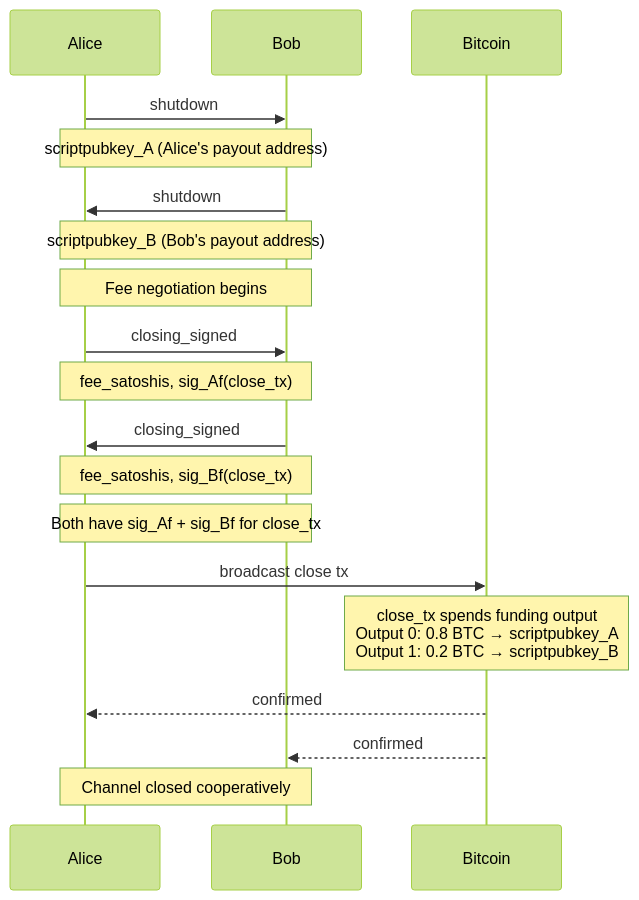
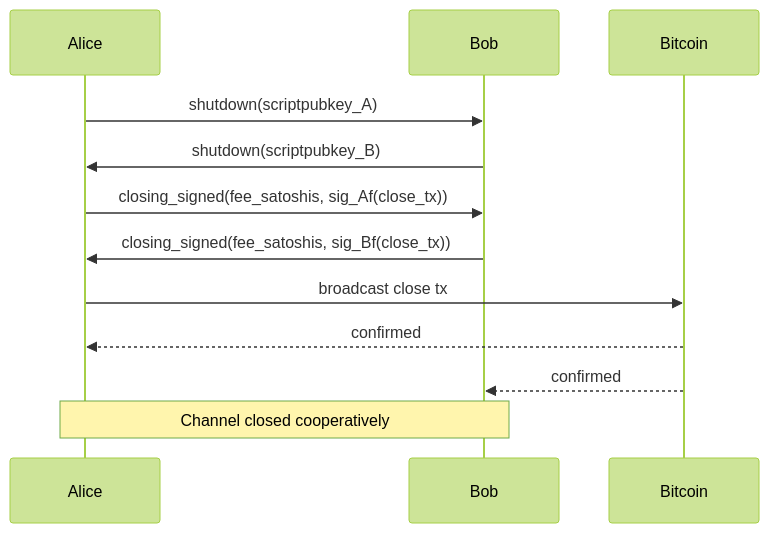
The fourth of 4 diagrams in reference/01-alice-pays-bob.md (dukeh3/vls-arch), drawn with Mermaid (forest theme) before and after one commit. The commit also changed other lines of this file and 4 other files, not shown here.

First line of the commit message:
Add challenges doc, inline params in all diagrams, expand redundancy analysis

````diff
--- a/reference/01-alice-pays-bob.md
+++ b/reference/01-alice-pays-bob.md
@@ -243,30 +214,17 @@
 ```mermaid
 sequenceDiagram
     participant Alice
     participant Bob
     participant Bitcoin
 
-    Alice->>Bob: shutdown
-    Note over Alice, Bob: scriptpubkey_A (Alice's payout address)
-
-    Bob->>Alice: shutdown
-    Note over Alice, Bob: scriptpubkey_B (Bob's payout address)
-
-    Note over Alice, Bob: Fee negotiation begins
-
-    Alice->>Bob: closing_signed
-    Note over Alice, Bob: fee_satoshis, sig_Af(close_tx)
-
-    Bob->>Alice: closing_signed
-    Note over Alice, Bob: fee_satoshis, sig_Bf(close_tx)
-
-    Note over Alice, Bob: Both have sig_Af + sig_Bf for close_tx
+    Alice->>Bob: shutdown(scriptpubkey_A)
+    Bob->>Alice: shutdown(scriptpubkey_B)
+    Alice->>Bob: closing_signed(fee_satoshis, sig_Af(close_tx))
+    Bob->>Alice: closing_signed(fee_satoshis, sig_Bf(close_tx))
 
     Alice->>Bitcoin: broadcast close tx
-    Note over Bitcoin: close_tx spends funding output<br/>Output 0: 0.8 BTC → scriptpubkey_A<br/>Output 1: 0.2 BTC → scriptpubkey_B
-
     Bitcoin-->>Alice: confirmed
     Bitcoin-->>Bob: confirmed
 
     Note over Alice, Bob: Channel closed cooperatively
 ```
````
